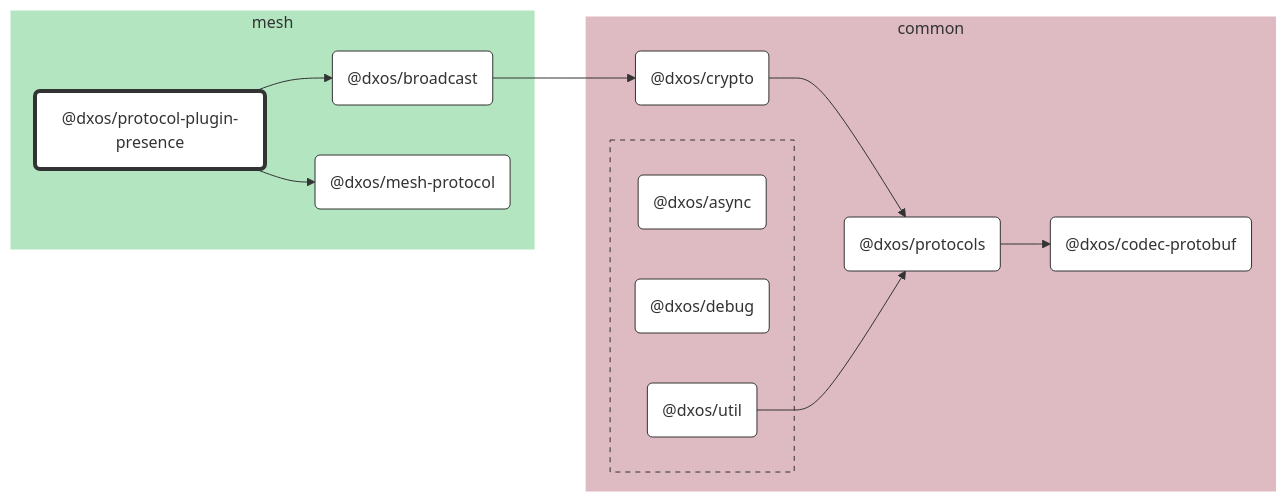
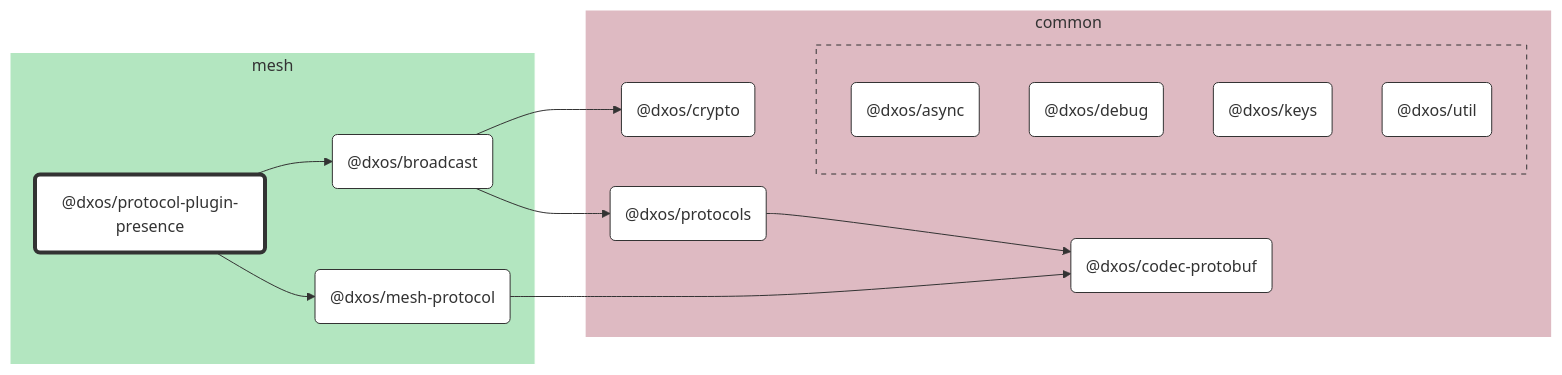
One commit to dxos/dxos changed the diagram in packages/mesh/protocol-plugin-presence/docs/README.md. Above: the diagram before and after it, drawn with Mermaid. The commit also changed other lines of this file and 52 other files, not shown here.

````diff
--- a/packages/mesh/protocol-plugin-presence/docs/README.md
+++ b/packages/mesh/protocol-plugin-presence/docs/README.md
@@ -7,50 +7,52 @@
 ```mermaid
 %%{ init: {'flowchart':{'curve':'basis'}} }%%
 
 flowchart LR
 
 %% Classes
 classDef def fill:#fff,stroke:#333,stroke-width:1px
 classDef root fill:#fff,stroke:#333,stroke-width:4px
 
 %% Nodes
 
 subgraph mesh [mesh]
   style mesh fill:#b3e6c0,stroke:#fff
   dxos/protocol-plugin-presence("@dxos/protocol-plugin-presence"):::root
   click dxos/protocol-plugin-presence "dxos/dxos/tree/main/packages/mesh/protocol-plugin-presence/docs"
   dxos/broadcast("@dxos/broadcast"):::def
   click dxos/broadcast "dxos/dxos/tree/main/packages/mesh/broadcast/docs"
   dxos/mesh-protocol("@dxos/mesh-protocol"):::def
   click dxos/mesh-protocol "dxos/dxos/tree/main/packages/mesh/mesh-protocol/docs"
 end
 
 subgraph common [common]
   style common fill:#debac2,stroke:#fff
   dxos/codec-protobuf("@dxos/codec-protobuf"):::def
   click dxos/codec-protobuf "dxos/dxos/tree/main/packages/common/codec-protobuf/docs"
   dxos/crypto("@dxos/crypto"):::def
   click dxos/crypto "dxos/dxos/tree/main/packages/common/crypto/docs"
   dxos/protocols("@dxos/protocols"):::def
   click dxos/protocols "dxos/dxos/tree/main/packages/common/protocols/docs"
 
   subgraph common-excluded [ ]
     style common-excluded fill:#debac2,stroke:#333,stroke-dasharray:5 5
     dxos/async("@dxos/async"):::def
     click dxos/async "dxos/dxos/tree/main/packages/common/async/docs"
     dxos/debug("@dxos/debug"):::def
     click dxos/debug "dxos/dxos/tree/main/packages/common/debug/docs"
+    dxos/keys("@dxos/keys"):::def
+    click dxos/keys "dxos/dxos/tree/main/packages/common/keys/docs"
     dxos/util("@dxos/util"):::def
     click dxos/util "dxos/dxos/tree/main/packages/common/util/docs"
   end
 end
 
 %% Links
 linkStyle default stroke:#333,stroke-width:1px
 dxos/protocol-plugin-presence --> dxos/broadcast
 dxos/broadcast --> dxos/crypto
-dxos/crypto --> dxos/protocols
+dxos/broadcast --> dxos/protocols
 dxos/protocols --> dxos/codec-protobuf
 dxos/protocol-plugin-presence --> dxos/mesh-protocol
-dxos/util --> dxos/protocols
+dxos/mesh-protocol --> dxos/codec-protobuf
 ```
````
